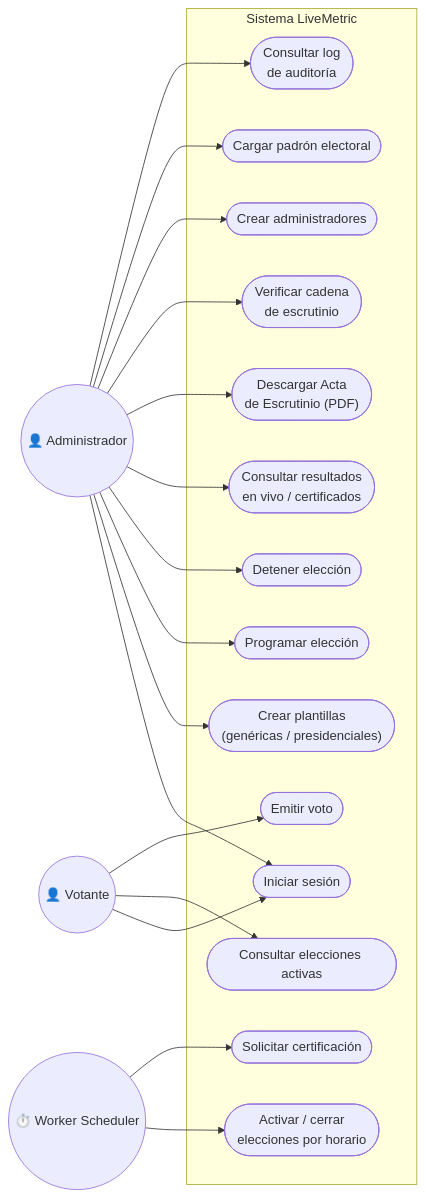
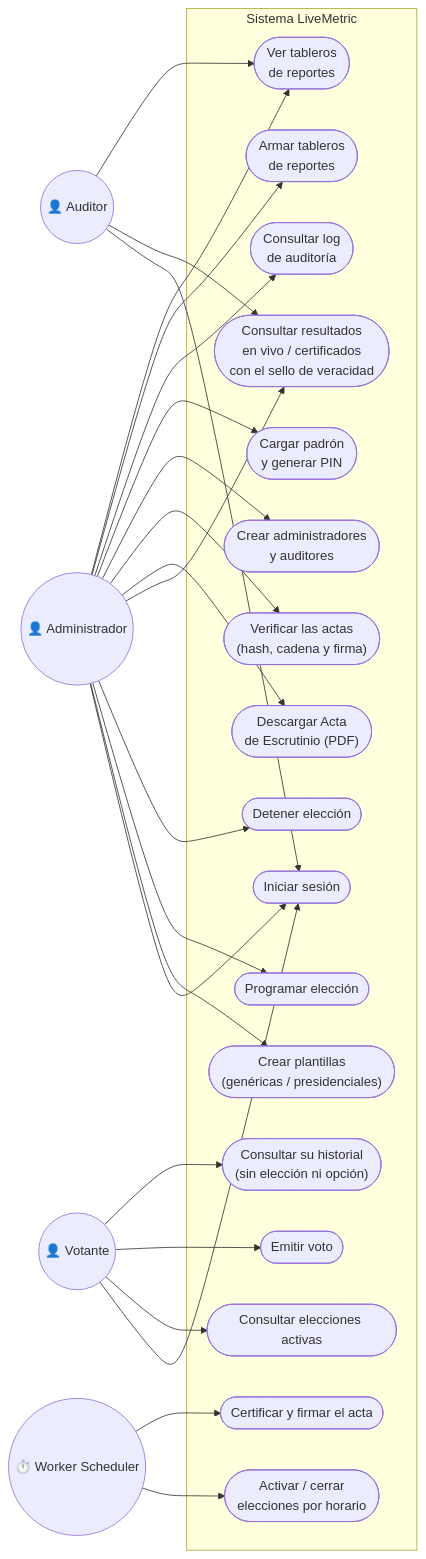
Before and after one commit to NicolasPineda1421/LiveMetric: the fourth of 5 diagrams in docs/manual-arquitectura.md, drawn with Mermaid. The commit also changed other lines of this file, not shown here.

````diff
--- a/docs/manual-arquitectura.md
+++ b/docs/manual-arquitectura.md
@@ -231,41 +236,52 @@
 ```mermaid
 graph LR
     Admin(("👤 Administrador"))
+    Auditor(("👤 Auditor"))
     Votante(("👤 Votante"))
     Reloj(("⏱️ Worker Scheduler"))
 
     subgraph Sistema["Sistema LiveMetric"]
         UC1(["Iniciar sesión"])
         UC2(["Crear plantillas<br/>(genéricas / presidenciales)"])
         UC3(["Programar elección"])
         UC4(["Detener elección"])
-        UC5(["Consultar resultados<br/>en vivo / certificados"])
+        UC5(["Consultar resultados<br/>en vivo / certificados<br/>con el sello de veracidad"])
         UC6(["Descargar Acta<br/>de Escrutinio (PDF)"])
-        UC7(["Verificar cadena<br/>de escrutinio"])
-        UC8(["Crear administradores"])
-        UC9(["Cargar padrón electoral"])
+        UC7(["Verificar las actas<br/>(hash, cadena y firma)"])
+        UC8(["Crear administradores<br/>y auditores"])
+        UC9(["Cargar padrón<br/>y generar PIN"])
         UC10(["Consultar log<br/>de auditoría"])
+        UC15(["Armar tableros<br/>de reportes"])
+        UC16(["Ver tableros<br/>de reportes"])
         UC11(["Consultar elecciones activas"])
         UC12(["Emitir voto"])
+        UC17(["Consultar su historial<br/>(sin elección ni opción)"])
         UC13(["Activar / cerrar<br/>elecciones por horario"])
-        UC14(["Solicitar certificación"])
+        UC14(["Certificar y firmar el acta"])
     end
 
     Admin --> UC1
     Admin --> UC2
     Admin --> UC3
     Admin --> UC4
     Admin --> UC5
     Admin --> UC6
     Admin --> UC7
     Admin --> UC8
     Admin --> UC9
     Admin --> UC10
+    Admin --> UC15
+    Admin --> UC16
+
+    Auditor --> UC1
+    Auditor --> UC5
+    Auditor --> UC16
 
     Votante --> UC1
     Votante --> UC11
     Votante --> UC12
+    Votante --> UC17
 
     Reloj --> UC13
     Reloj --> UC14
 ```
````
